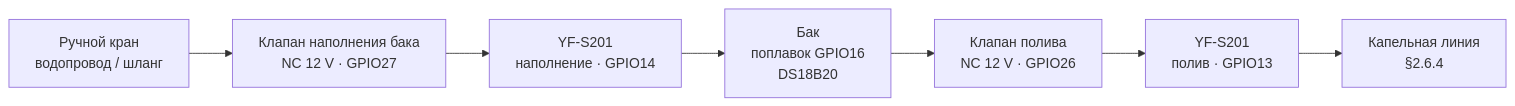
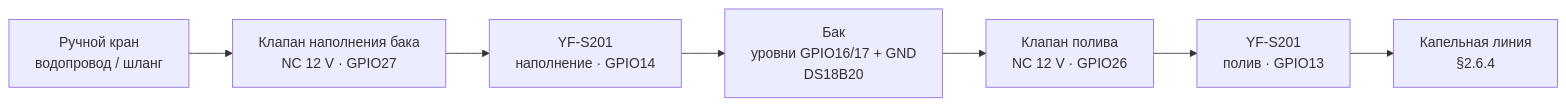
Before and after one commit to TiunovNN/smart-greenhouse: the fourth of 4 diagrams in docs/03-greenhouse-installation.md, drawn with Mermaid. The commit also changed other lines of this file and 12 other files, not shown here.

````diff
--- a/docs/03-greenhouse-installation.md
+++ b/docs/03-greenhouse-installation.md
@@ -237,12 +237,12 @@
 ```mermaid
 flowchart LR
   TAP["Ручной кран<br/>водопровод / шланг"]
   FV["Клапан наполнения бака<br/>NC 12 V · GPIO27"]
   FS1["YF-S201<br/>наполнение · GPIO14"]
-  TANK["Бак<br/>поплавок GPIO16<br/>DS18B20"]
+  TANK["Бак<br/>уровни GPIO16/17 + GND<br/>DS18B20"]
   IV["Клапан полива<br/>NC 12 V · GPIO26"]
   FS2["YF-S201<br/>полив · GPIO13"]
   DRIP["Капельная линия<br/>§2.6.4"]
 
   TAP --> FV --> FS1 --> TANK --> IV --> FS2 --> DRIP
 ```
````
